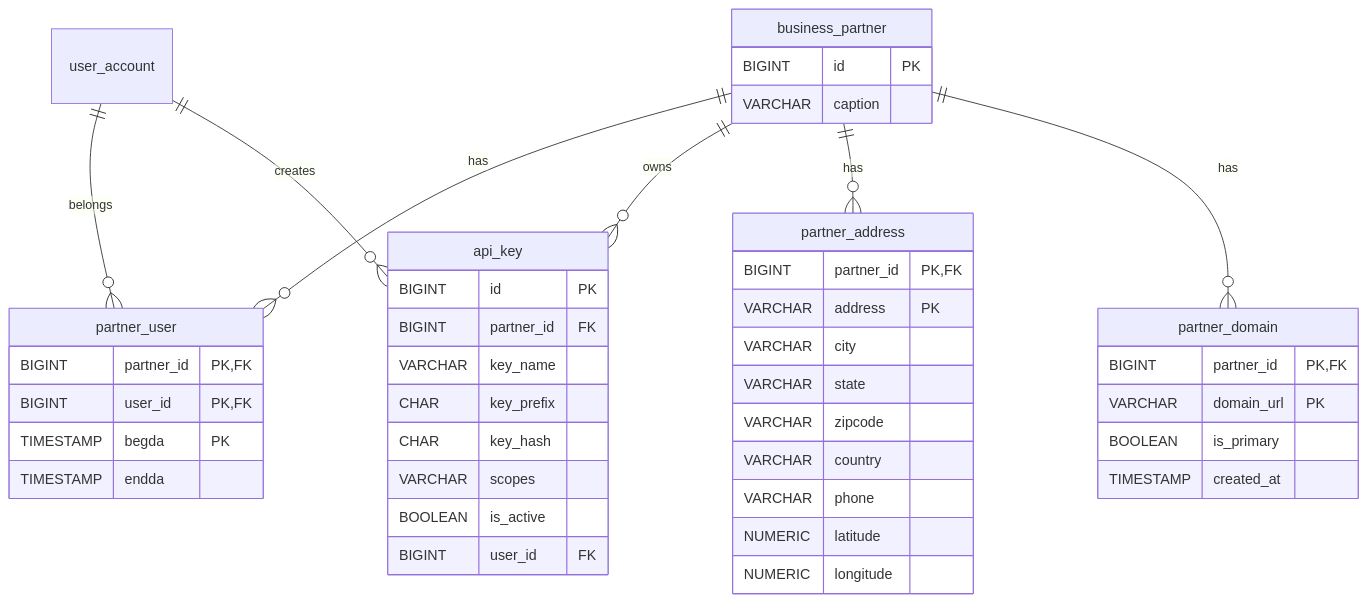
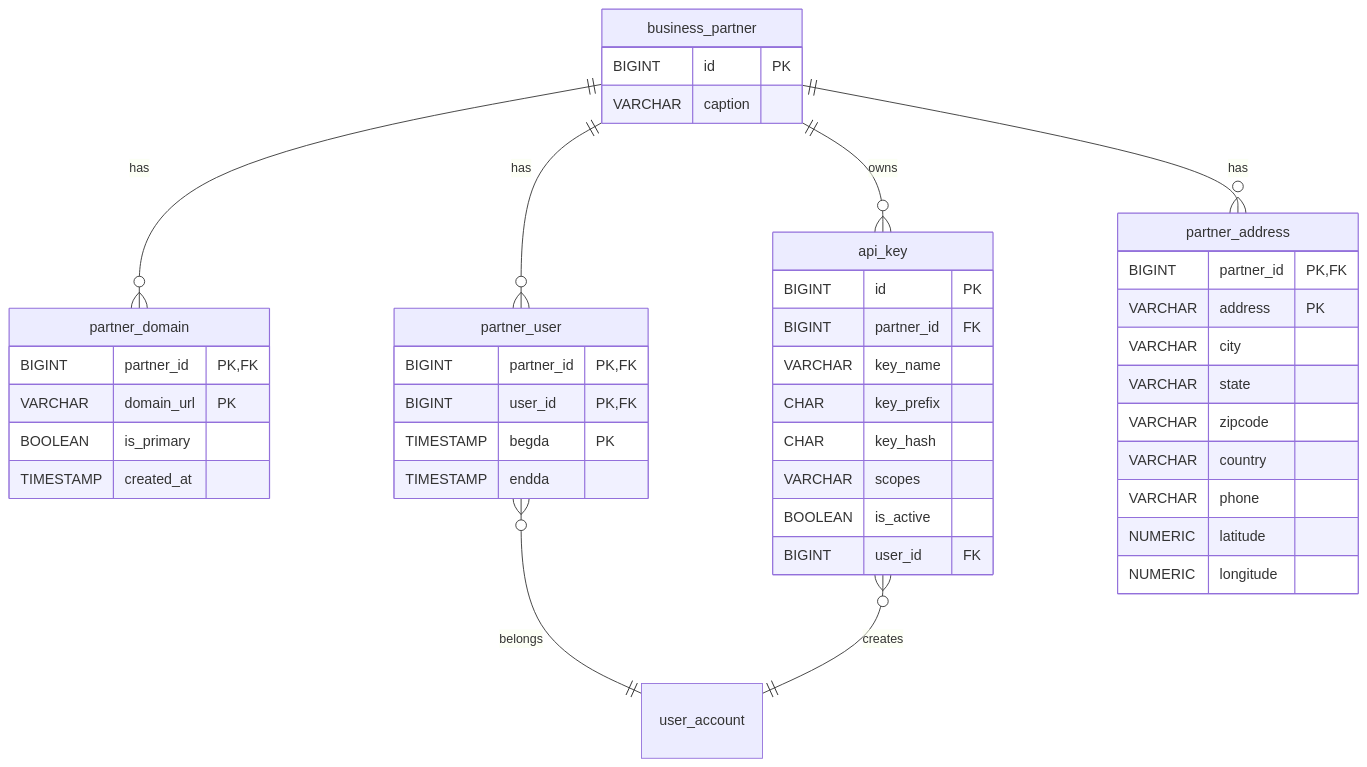
Before and after one commit to nauticana/keel: diagram 12 of 12 in README.md, drawn with Mermaid. The commit also changed other lines of this file and 11 other files, not shown here.

````diff
--- a/README.md
+++ b/README.md
@@ -1543,49 +1679,48 @@
 ```mermaid
 erDiagram
+    business_partner ||--o{ partner_domain : has
+    business_partner ||--o{ partner_user : has
+    business_partner ||--o{ api_key : owns
+    business_partner ||--o{ partner_address : has
+    partner_user }o--|| user_account : belongs
+    api_key }o--|| user_account : creates
+
+
     business_partner {
         BIGINT id PK
         VARCHAR caption
     }
     partner_user {
         BIGINT partner_id PK,FK
         BIGINT user_id PK,FK
         TIMESTAMP begda PK
         TIMESTAMP endda
     }
-    business_partner ||--o{ partner_user : has
-    user_account ||--o{ partner_user : belongs
-
     api_key {
         BIGINT id PK
         BIGINT partner_id FK
         VARCHAR key_name
         CHAR key_prefix
         CHAR key_hash
         VARCHAR scopes
         BOOLEAN is_active
         BIGINT user_id FK
     }
-    business_partner ||--o{ api_key : owns
-    user_account ||--o{ api_key : creates
-
     partner_address {
         BIGINT partner_id PK,FK
         VARCHAR address PK
         VARCHAR city
         VARCHAR state
         VARCHAR zipcode
         VARCHAR country
         VARCHAR phone
         NUMERIC latitude
         NUMERIC longitude
     }
-    business_partner ||--o{ partner_address : has
-
     partner_domain {
         BIGINT partner_id PK,FK
         VARCHAR domain_url PK
         BOOLEAN is_primary
         TIMESTAMP created_at
     }
-    business_partner ||--o{ partner_domain : has
 ```
````
